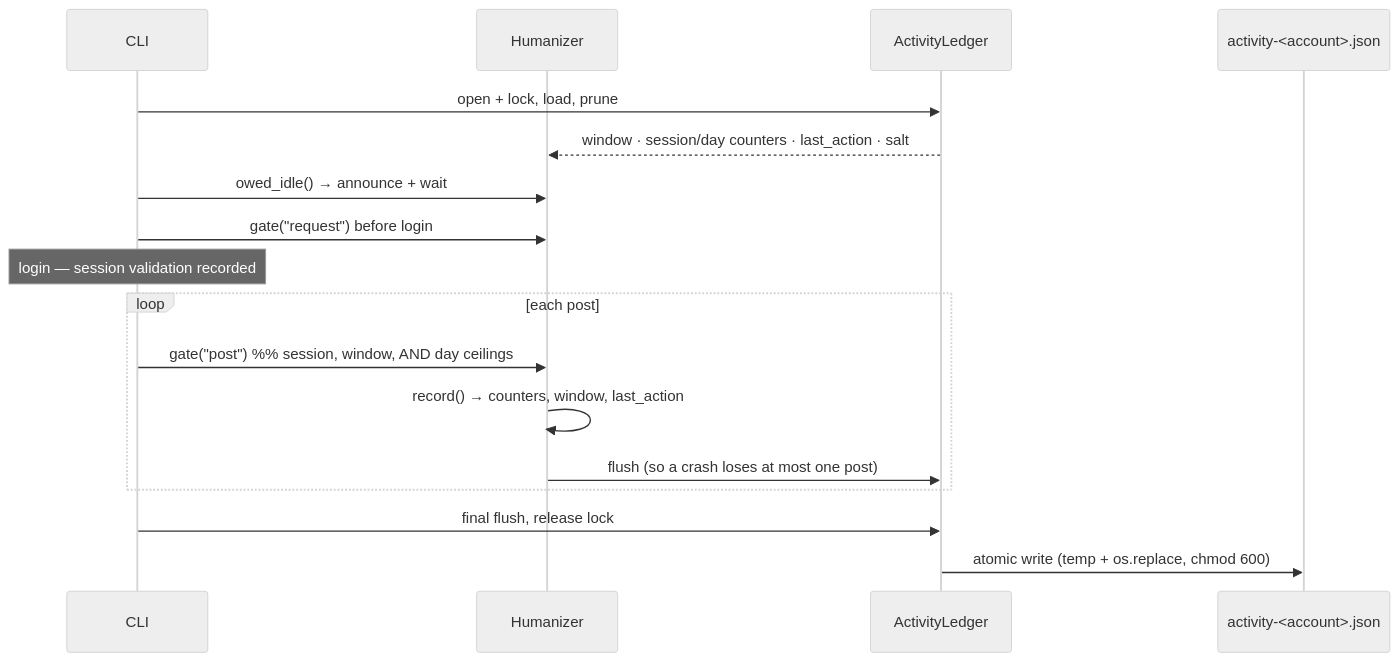
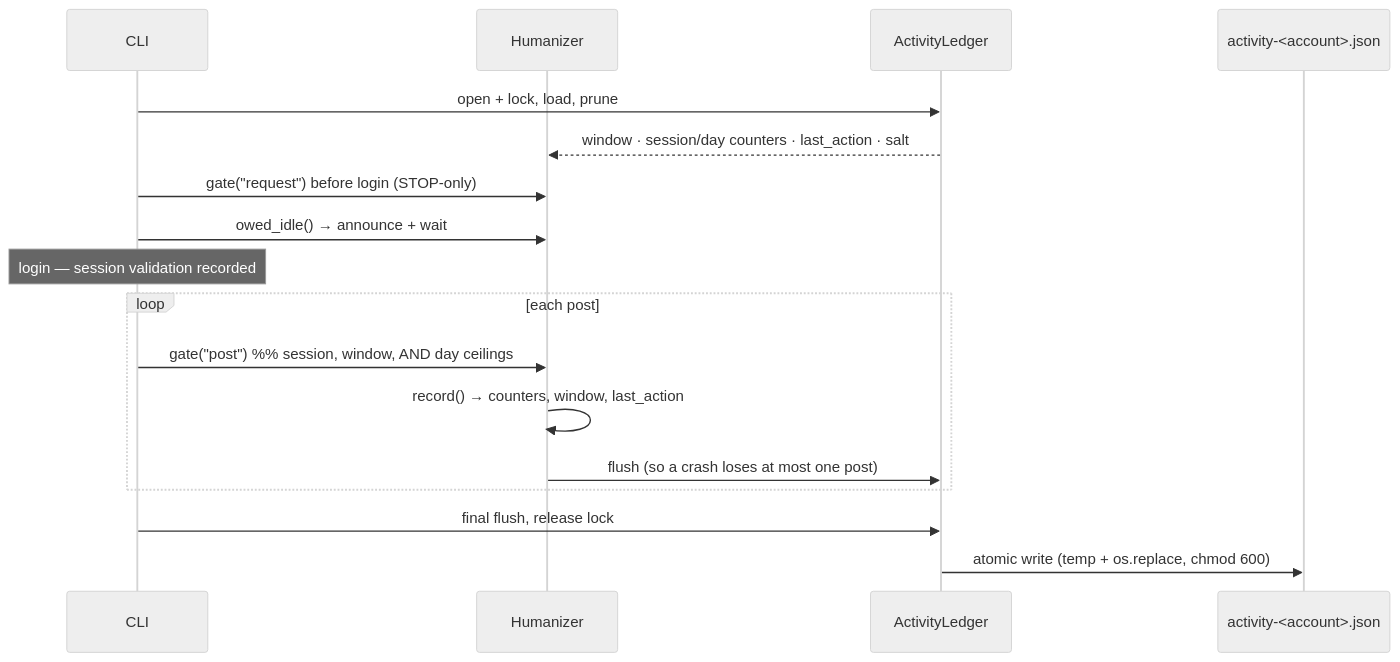
The third of 3 diagrams in specs/changes/cross-session-humanization/domain.md (tillg/instascraper), drawn with Mermaid (neutral theme) before and after one commit. The commit also changed other lines of this file and 22 other files, not shown here.

````diff
--- a/specs/changes/cross-session-humanization/domain.md
+++ b/specs/changes/cross-session-humanization/domain.md
@@ -92,19 +97,19 @@
 ```mermaid
 sequenceDiagram
     participant CLI
     participant H as Humanizer
     participant L as ActivityLedger
     participant FS as activity-<account>.json
     CLI->>L: open + lock, load, prune
     L-->>H: window · session/day counters · last_action · salt
+    CLI->>H: gate("request") before login (STOP-only)
     CLI->>H: owed_idle() → announce + wait
-    CLI->>H: gate("request") before login
     Note over CLI: login — session validation recorded
     loop each post
         CLI->>H: gate("post")  %% session, window, AND day ceilings
         H->>H: record() → counters, window, last_action
         H->>L: flush (so a crash loses at most one post)
     end
     CLI->>L: final flush, release lock
     L->>FS: atomic write (temp + os.replace, chmod 600)
 ```
````
